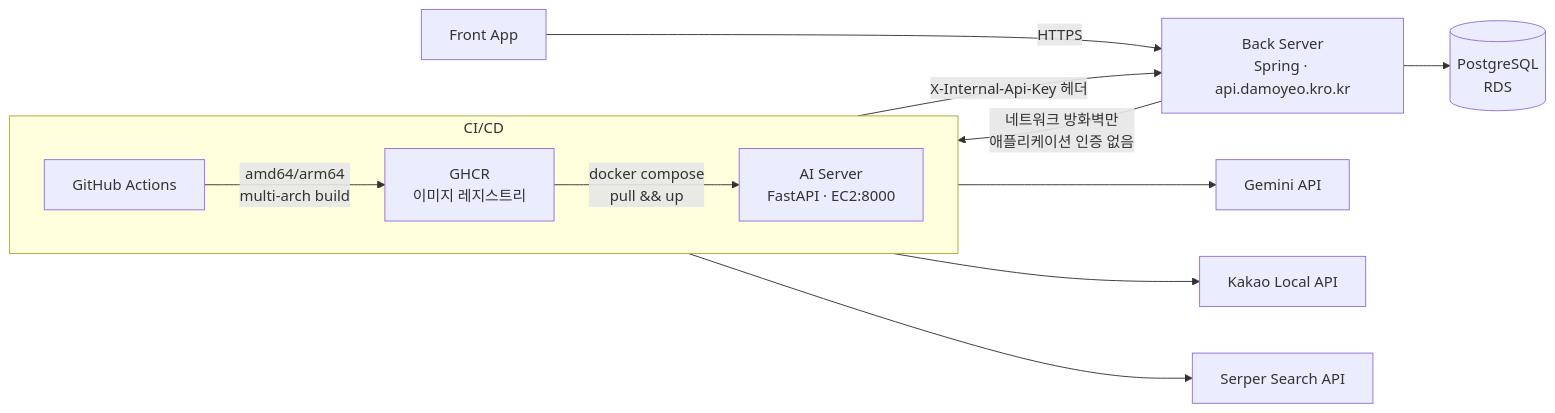
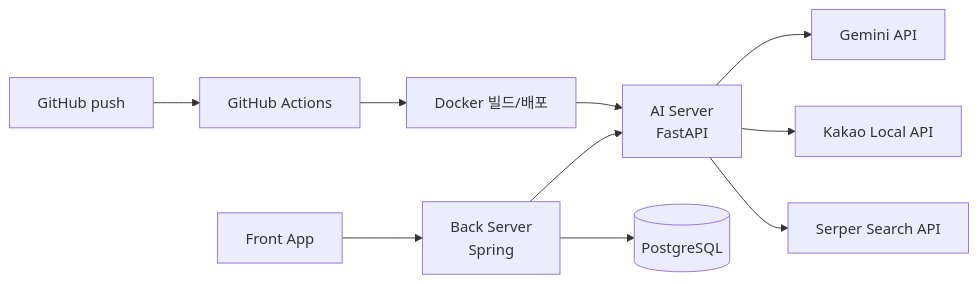
One commit to damoyeo-team20/damoyeo-AI changed the first of 2 diagrams in README.md. Above: the diagram before and after it, drawn with Mermaid. The commit also changed other lines of this file, not shown here.

````diff
--- a/README.md
+++ b/README.md
@@ -66,16 +30,11 @@
 ```mermaid
 flowchart LR
-    Front["Front App"] -->|HTTPS| Back["Back Server\nSpring · api.damoyeo.kro.kr"]
-    Back -->|네트워크 방화벽만\n애플리케이션 인증 없음| AI["AI Server\nFastAPI · EC2:8000"]
-    AI -->|X-Internal-Api-Key 헤더| Back
-    Back --> DB[("PostgreSQL\nRDS")]
+    Front["Front App"] --> Back["Back Server\nSpring"]
+    Back --> AI["AI Server\nFastAPI"]
+    Back --> DB[("PostgreSQL")]
     AI --> Gemini["Gemini API"]
     AI --> Kakao["Kakao Local API"]
     AI --> Serper["Serper Search API"]
 
-    subgraph CICD["CI/CD"]
-        direction LR
-        GHA["GitHub Actions"] -->|"amd64/arm64\nmulti-arch build"| GHCR["GHCR\n이미지 레지스트리"]
-        GHCR -->|"docker compose\npull && up"| AI
-    end
+    GitHub["GitHub push"] --> Actions["GitHub Actions"] --> Docker["Docker 빌드/배포"] --> AI
 ```
````
